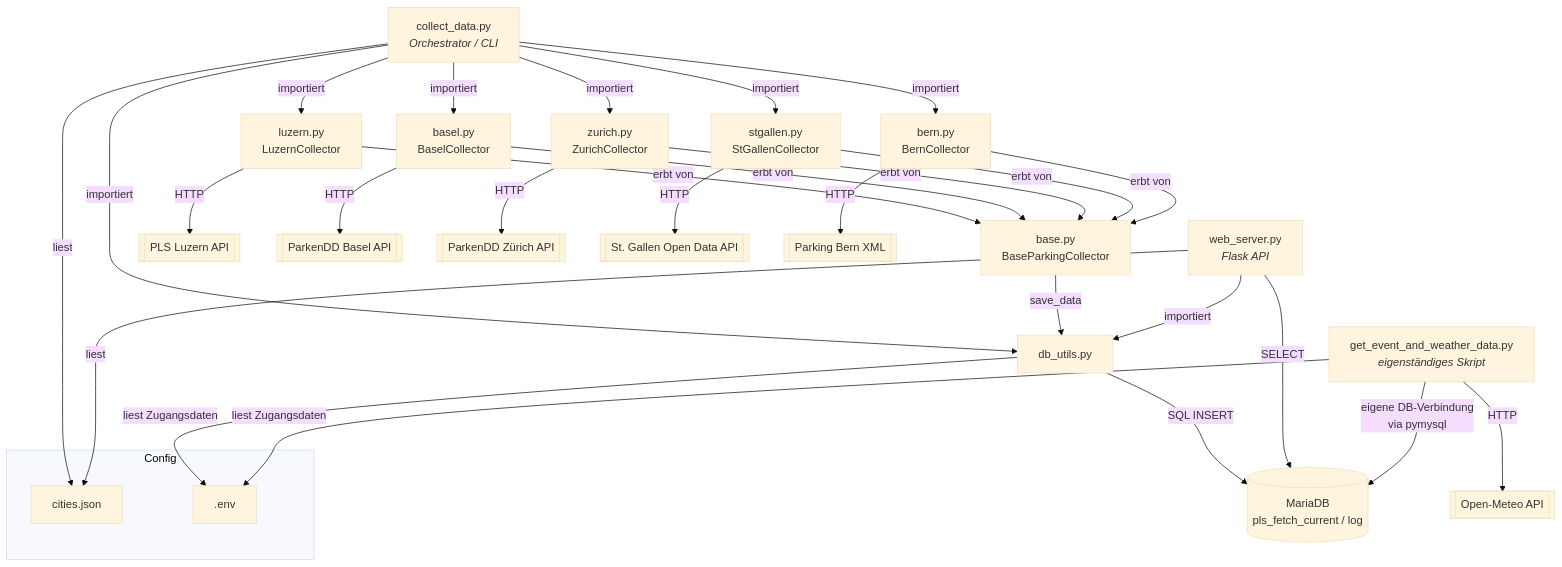
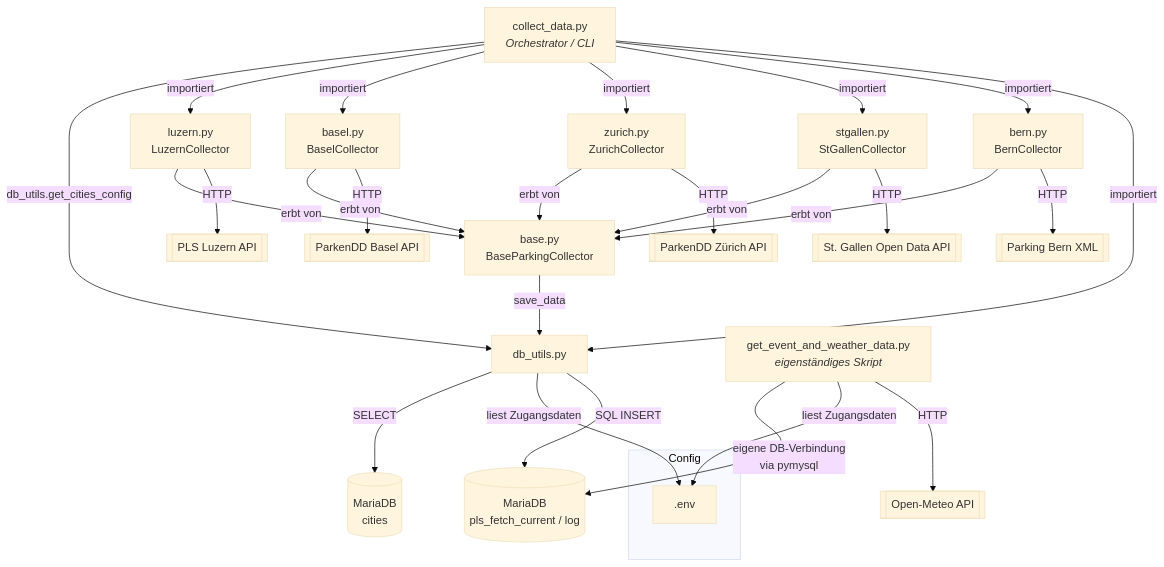
One commit to roger-infanger-weibel/cas-hzw-ai-innovation changed the first of 2 diagrams in data-crawler/README.md. Above: the diagram before and after it, drawn with Mermaid (base theme). The commit also changed other lines of this file and 16 other files, not shown here.

````diff
--- a/data-crawler/README.md
+++ b/data-crawler/README.md
@@ -30,39 +29,37 @@
 ```mermaid
 flowchart TD
     subgraph Config
-        cities[cities.json]
         env[.env]
     end
 
-    CD[collect_data.py<br/><i>Orchestrator / CLI</i>] -->|liest| cities
+    CitiesTbl[(MariaDB<br/>cities)]
+
+    CD[collect_data.py<br/><i>Orchestrator / CLI</i>] -->|db_utils.get_cities_config| DBU[db_utils.py]
+    DBU -->|SELECT| CitiesTbl
     CD -->|importiert| LU[luzern.py<br/>LuzernCollector]
     CD -->|importiert| BA[basel.py<br/>BaselCollector]
     CD -->|importiert| ZH[zurich.py<br/>ZurichCollector]
     CD -->|importiert| SG[stgallen.py<br/>StGallenCollector]
     CD -->|importiert| BE[bern.py<br/>BernCollector]
-    CD -->|importiert| DBU[db_utils.py]
+    CD -->|importiert| DBU
 
     LU -->|erbt von| BASE[base.py<br/>BaseParkingCollector]
     BA -->|erbt von| BASE
     ZH -->|erbt von| BASE
     SG -->|erbt von| BASE
     BE -->|erbt von| BASE
 
     BASE -->|save_data| DBU
     DBU -->|liest Zugangsdaten| env
     DBU -->|SQL INSERT| MariaDB[(MariaDB<br/>pls_fetch_current / log)]
 
-    WS[web_server.py<br/><i>Flask API</i>] -->|importiert| DBU
-    WS -->|liest| cities
-    WS -->|SELECT| MariaDB
-
     GEW[get_event_and_weather_data.py<br/><i>eigenständiges Skript</i>] -->|eigene DB-Verbindung<br/>via pymysql| MariaDB
     GEW -->|liest Zugangsdaten| env
     GEW -->|HTTP| OpenMeteo[[Open-Meteo API]]
 
     LU -->|HTTP| API_LU[[PLS Luzern API]]
     BA -->|HTTP| API_BA[[ParkenDD Basel API]]
     ZH -->|HTTP| API_ZH[[ParkenDD Zürich API]]
     SG -->|HTTP| API_SG[[St. Gallen Open Data API]]
     BE -->|HTTP| API_BE[[Parking Bern XML]]
 ```
````
